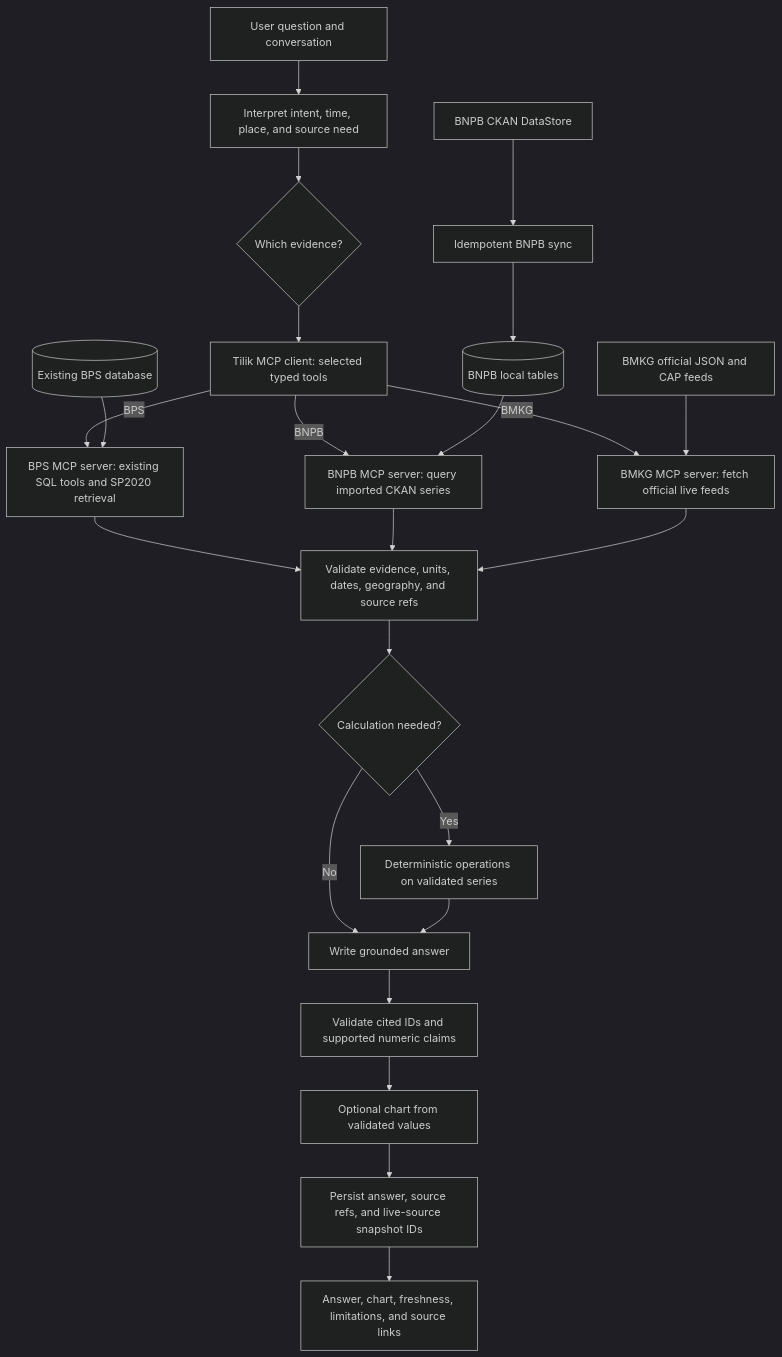
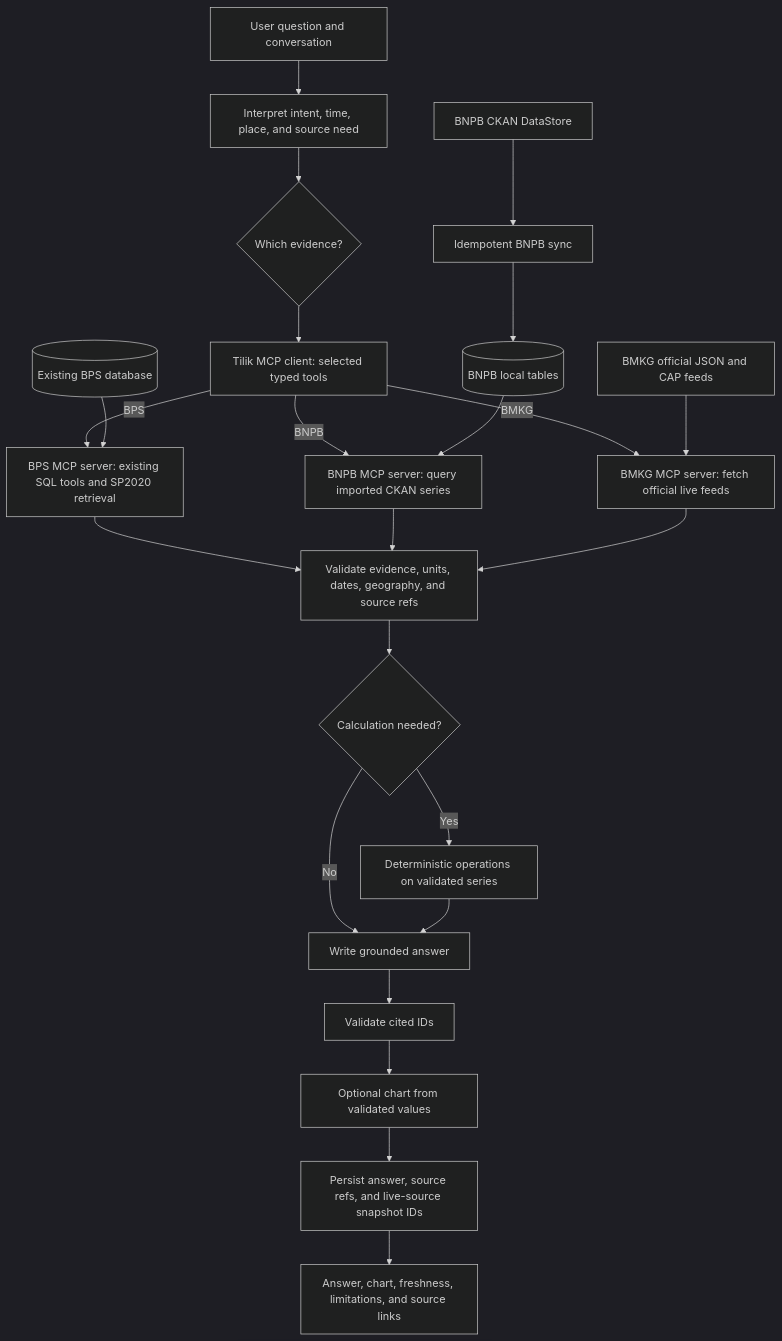
Before and after one commit to aprirachmadi/tilik-agent: the diagram in CONNECTOR_MIGRATION_PLAN.md, drawn with Mermaid (dark theme). The commit also changed other lines of this file and 5 other files, not shown here.

````diff
--- a/CONNECTOR_MIGRATION_PLAN.md
+++ b/CONNECTOR_MIGRATION_PLAN.md
@@ -78,26 +78,26 @@
 ```mermaid
 flowchart TD
     U[User question and conversation] --> I[Interpret intent, time, place, and source need]
     I --> R{Which evidence?}
     R --> MC[Tilik MCP client: selected typed tools]
     MC -->|BPS| B[BPS MCP server: existing SQL tools and SP2020 retrieval]
     MC -->|BNPB| N[BNPB MCP server: query imported CKAN series]
     MC -->|BMKG| M[BMKG MCP server: fetch official live feeds]
     B --> V[Validate evidence, units, dates, geography, and source refs]
     N --> V
     M --> V
     V --> A{Calculation needed?}
     A -->|Yes| C[Deterministic operations on validated series]
     A -->|No| W[Write grounded answer]
     C --> W
-    W --> G[Validate cited IDs and supported numeric claims]
+    W --> G[Validate cited IDs]
     G --> H[Optional chart from validated values]
     H --> P[Persist answer, source refs, and live-source snapshot IDs]
     P --> UI[Answer, chart, freshness, limitations, and source links]
 
     KC[BNPB CKAN DataStore] --> SYNC[Idempotent BNPB sync]
     SYNC --> DB[(BNPB local tables)]
     DB --> N
     BA[BMKG official JSON and CAP feeds] --> M
     BP[(Existing BPS database)] --> B
 ```
````
